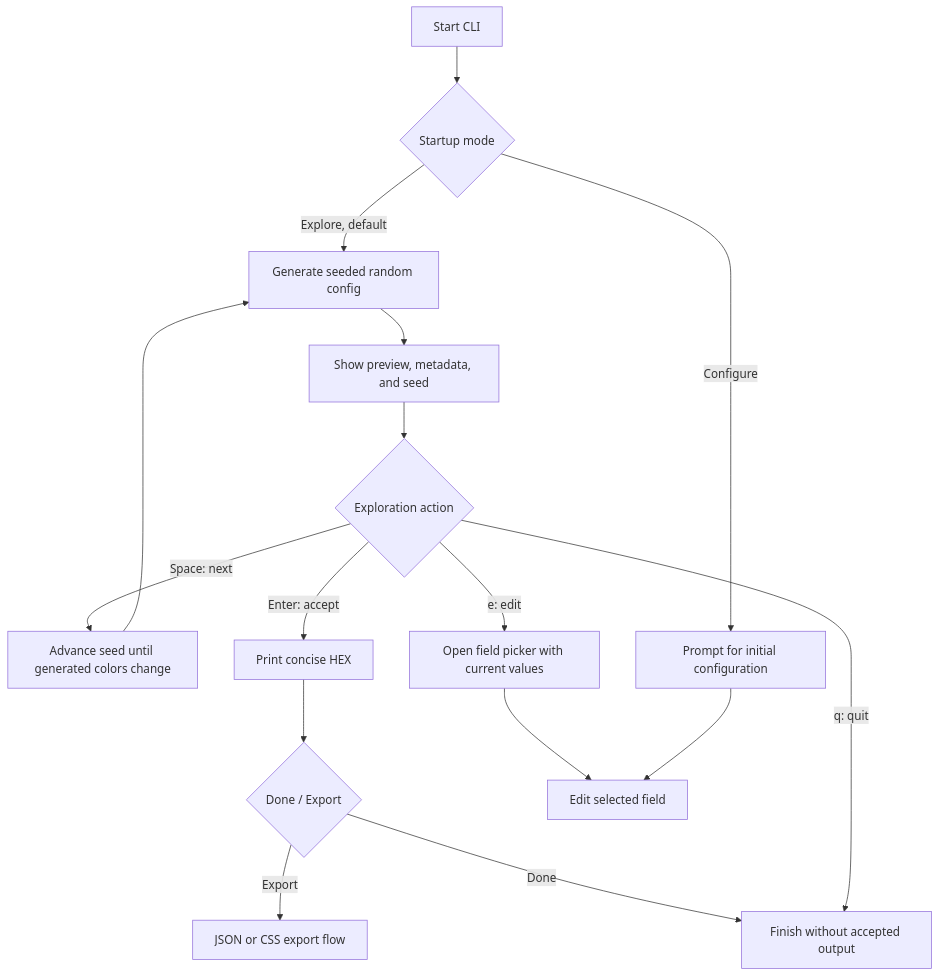
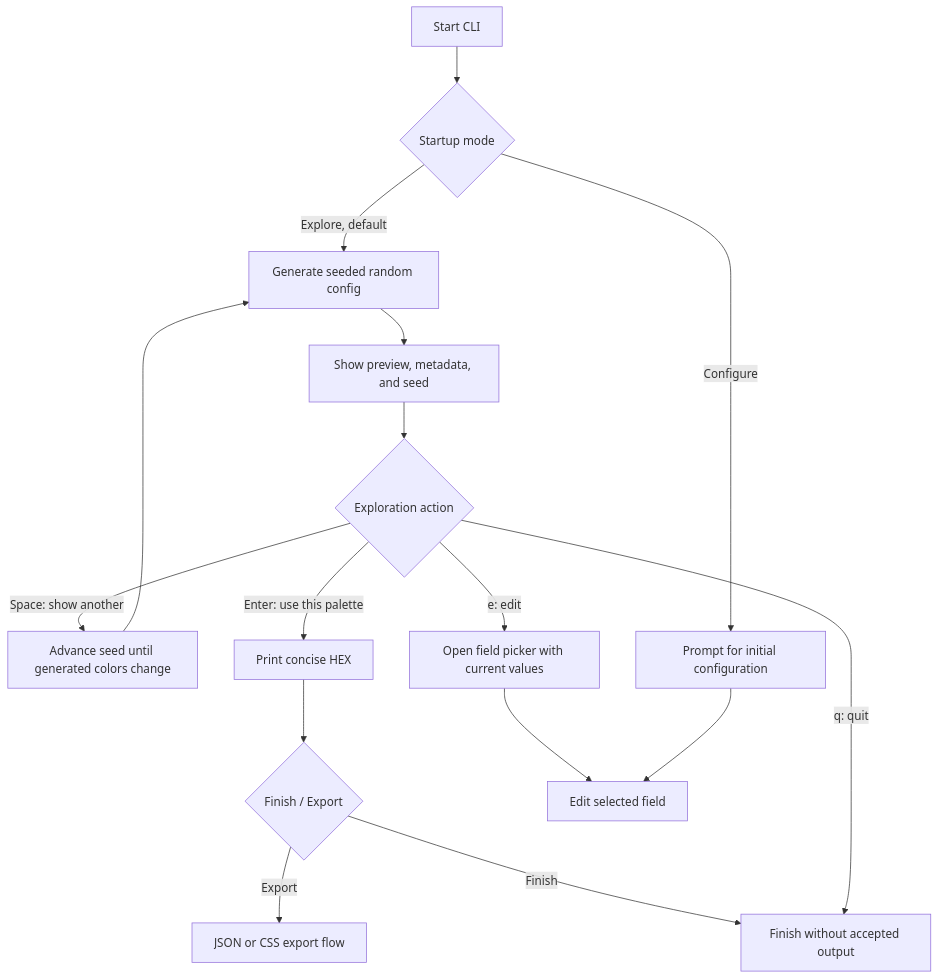
The first of 4 diagrams in docs/ux-flow.md (RyoSugimoto/quick-palette), drawn with Mermaid before and after one commit. The commit also changed other lines of this file and 25 other files, not shown here.

````diff
--- a/docs/ux-flow.md
+++ b/docs/ux-flow.md
@@ -14,18 +14,18 @@
 ```mermaid
 flowchart TD
   Start[Start CLI] --> Mode{Startup mode}
   Mode -->|Explore, default| Candidate[Generate seeded random config]
   Candidate --> Preview[Show preview, metadata, and seed]
   Preview --> Action{Exploration action}
-  Action -->|Space: next| Next[Advance seed until generated colors change]
+  Action -->|Space: show another| Next[Advance seed until generated colors change]
   Next --> Candidate
-  Action -->|Enter: accept| Hex[Print concise HEX]
-  Hex --> Accepted{Done / Export}
+  Action -->|Enter: use this palette| Hex[Print concise HEX]
+  Hex --> Accepted{Finish / Export}
   Accepted -->|Export| Format[JSON or CSS export flow]
-  Accepted -->|Done| End
+  Accepted -->|Finish| End
   Action -->|e: edit| Field[Open field picker with current values]
   Field --> Configure[Edit selected field]
   Action -->|q: quit| End[Finish without accepted output]
   Mode -->|Configure| Fresh[Prompt for initial configuration]
   Fresh --> Configure
 ```
````
